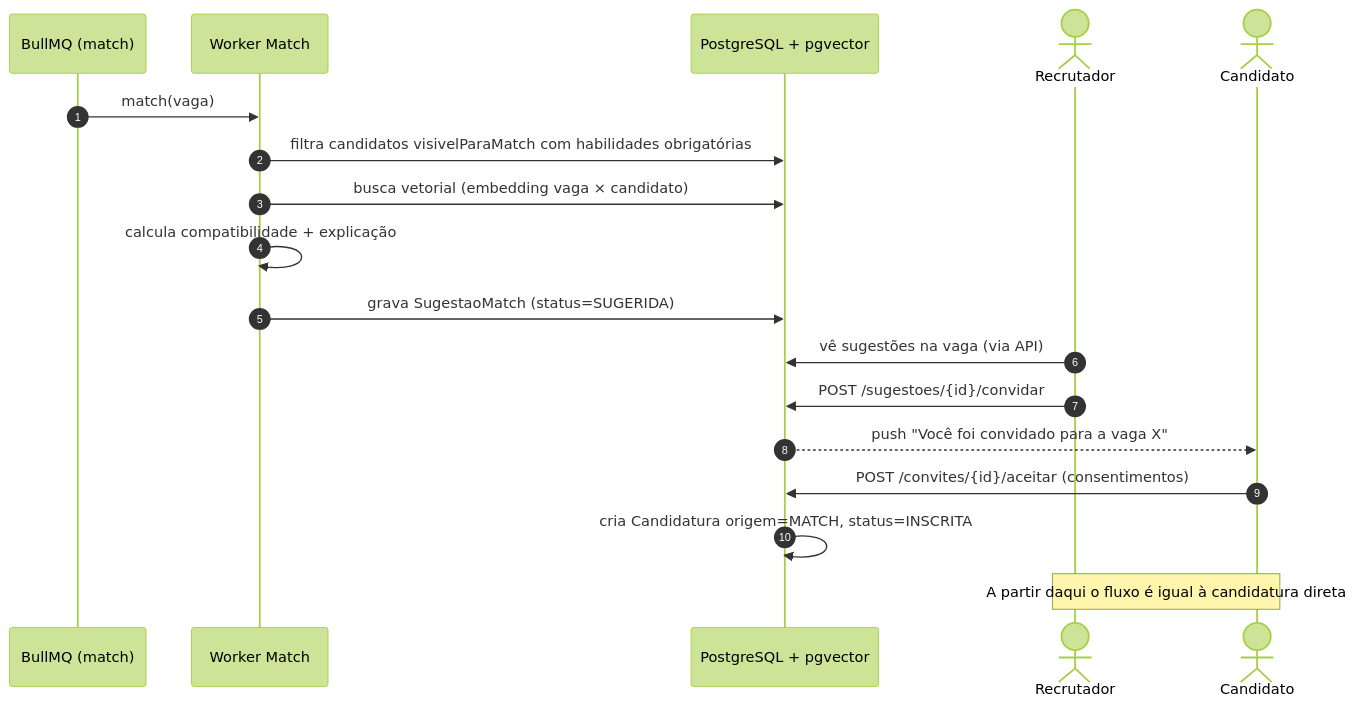
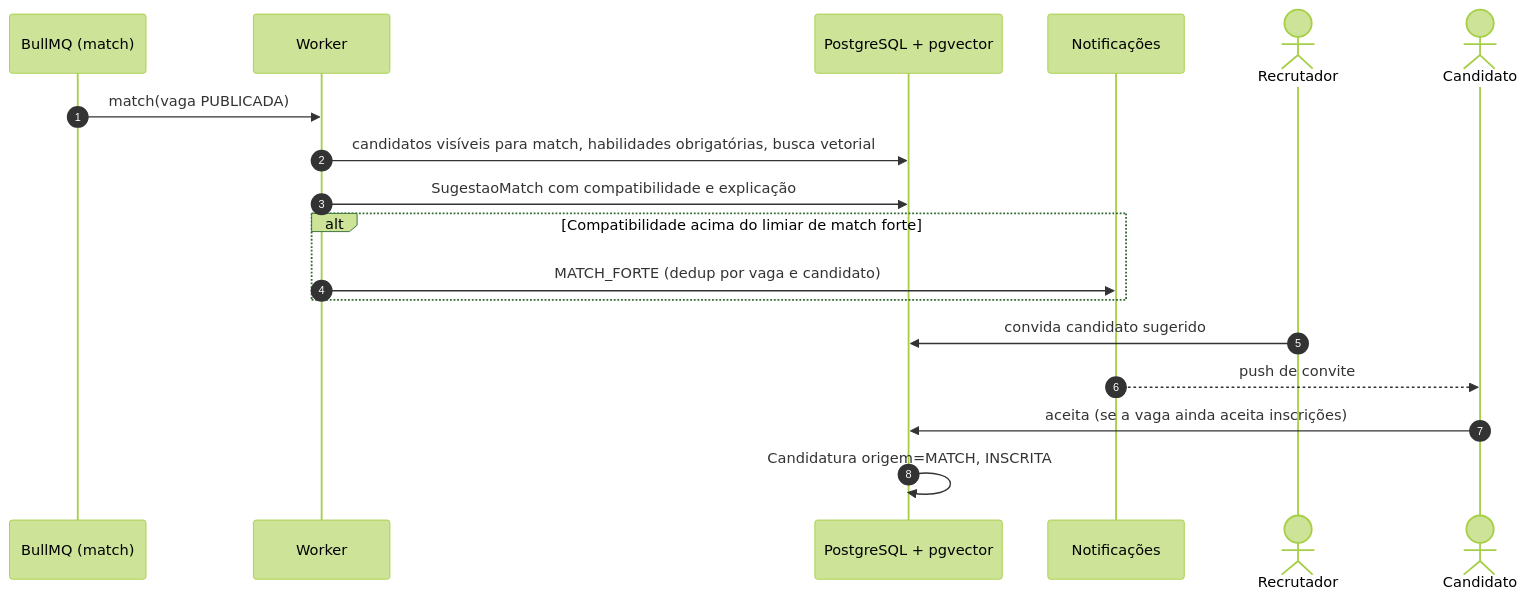
Before and after one commit to RenatoBS/sistema-candidatura-vagas: diagram 11 of 18 in docs/plano-sistema.md, drawn with Mermaid (forest theme). The commit also changed other lines of this file and 23 other files, not shown here.

````diff
--- a/docs/plano-sistema.md
+++ b/docs/plano-sistema.md
@@ -551,20 +921,20 @@
 ```mermaid
 sequenceDiagram
   autonumber
   participant Q as BullMQ (match)
-  participant W as Worker Match
+  participant W as Worker
   participant DB as PostgreSQL + pgvector
+  participant N as Notificações
   actor R as Recrutador
   actor C as Candidato
-  Q->>W: match(vaga)
-  W->>DB: filtra candidatos visivelParaMatch com habilidades obrigatórias
-  W->>DB: busca vetorial (embedding vaga × candidato)
-  W->>W: calcula compatibilidade + explicação
-  W->>DB: grava SugestaoMatch (status=SUGERIDA)
-  R->>DB: vê sugestões na vaga (via API)
-  R->>DB: POST /sugestoes/{id}/convidar
-  DB-->>C: push "Você foi convidado para a vaga X"
-  C->>DB: POST /convites/{id}/aceitar (consentimentos)
-  DB->>DB: cria Candidatura origem=MATCH, status=INSCRITA
-  Note over C,R: A partir daqui o fluxo é igual à candidatura direta
+  Q->>W: match(vaga PUBLICADA)
+  W->>DB: candidatos visíveis para match, habilidades obrigatórias, busca vetorial
+  W->>DB: SugestaoMatch com compatibilidade e explicação
+  alt Compatibilidade acima do limiar de match forte
+    W->>N: MATCH_FORTE (dedup por vaga e candidato)
+  end
+  R->>DB: convida candidato sugerido
+  N-->>C: push de convite
+  C->>DB: aceita (se a vaga ainda aceita inscrições)
+  DB->>DB: Candidatura origem=MATCH, INSCRITA
 ```
````
